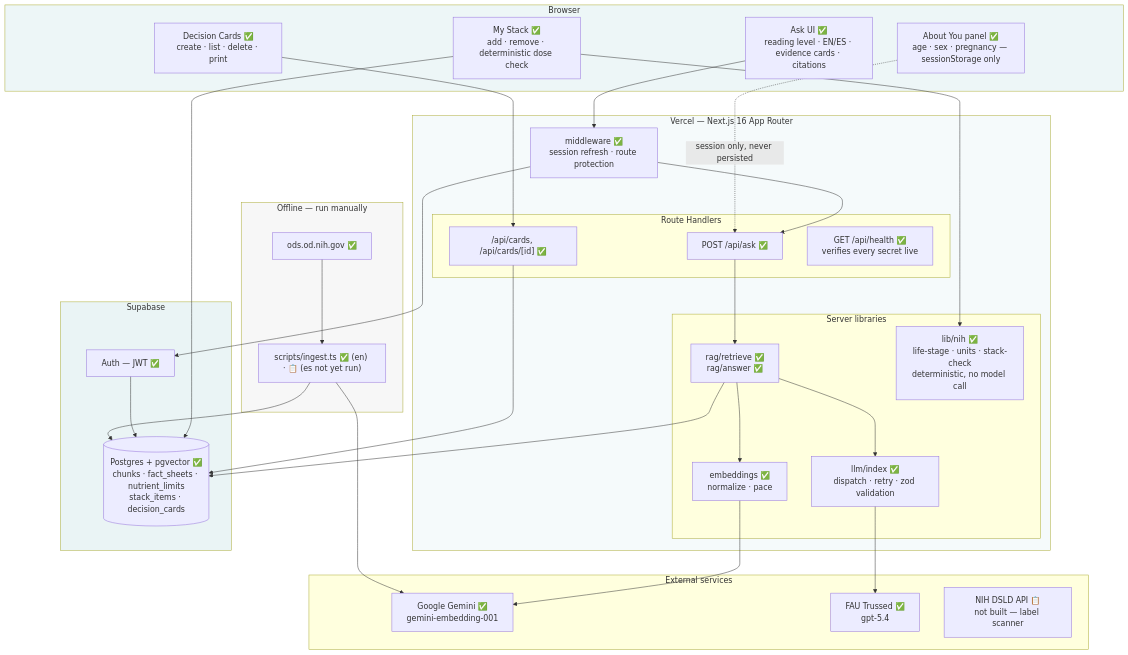
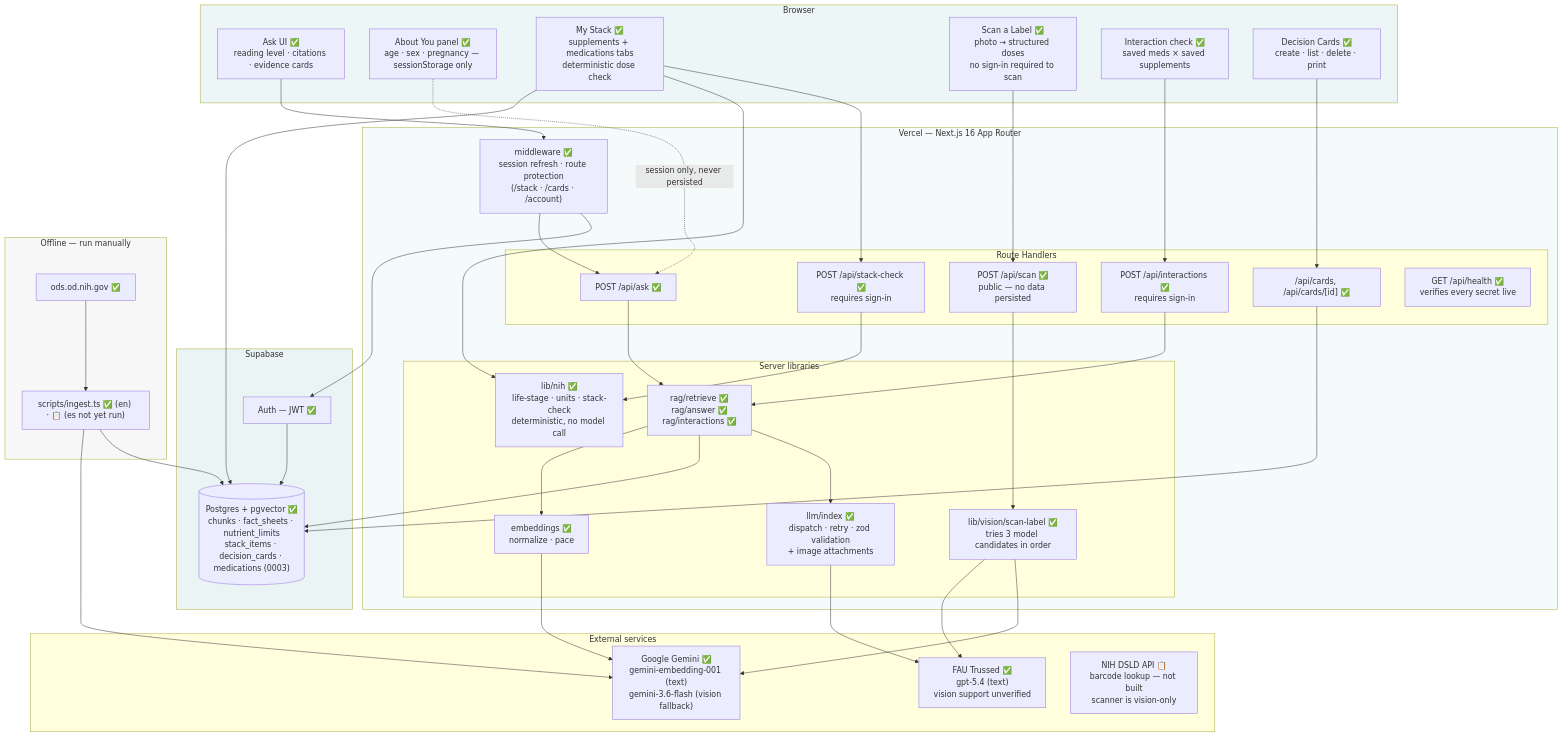
Before and after one commit to notypos/buildphase-notypos-deploy: the first of 8 diagrams in design.md, drawn with Mermaid. The commit also changed other lines of this file and 25 other files, not shown here.

First line of the commit message:
Add label scanner and medication interaction check; correct plan/design/README

````diff
--- a/design.md
+++ b/design.md
@@ -13,57 +13,67 @@
 ```mermaid
 graph TB
     subgraph client["Browser"]
-        UI["Ask UI ✅<br/>reading level · EN/ES · evidence cards · citations"]
+        UI["Ask UI ✅<br/>reading level · citations · evidence cards"]
         HCTX["About You panel ✅<br/>age · sex · pregnancy — sessionStorage only"]
-        STACK["My Stack ✅<br/>add · remove · deterministic dose check"]
+        STACK["My Stack ✅<br/>supplements + medications tabs<br/>deterministic dose check"]
+        SCAN["Scan a Label ✅<br/>photo → structured doses<br/>no sign-in required to scan"]
+        INTUI["Interaction check ✅<br/>saved meds × saved supplements"]
         CARDS["Decision Cards ✅<br/>create · list · delete · print"]
     end
 
     subgraph vercel["Vercel — Next.js 16 App Router"]
-        MW["middleware ✅<br/>session refresh · route protection"]
+        MW["middleware ✅<br/>session refresh · route protection<br/>(/stack · /cards · /account)"]
         subgraph routes["Route Handlers"]
             ASK["POST /api/ask ✅"]
             CRD["/api/cards, /api/cards/[id] ✅"]
+            SCANRT["POST /api/scan ✅<br/>public — no data persisted"]
+            INTRT["POST /api/interactions ✅<br/>requires sign-in"]
+            STKCHK["POST /api/stack-check ✅<br/>requires sign-in"]
             HLTH["GET /api/health ✅<br/>verifies every secret live"]
         end
         subgraph lib["Server libraries"]
-            RAG["rag/retrieve ✅<br/>rag/answer ✅"]
-            LLM["llm/index ✅<br/>dispatch · retry · zod validation"]
+            RAG["rag/retrieve ✅<br/>rag/answer ✅<br/>rag/interactions ✅"]
+            VISION["lib/vision/scan-label ✅<br/>tries 3 model candidates in order"]
+            LLM["llm/index ✅<br/>dispatch · retry · zod validation<br/>+ image attachments"]
             EMB["embeddings ✅<br/>normalize · pace"]
             NIH["lib/nih ✅<br/>life-stage · units · stack-check<br/>deterministic, no model call"]
         end
     end
 
     subgraph supabase["Supabase"]
         AUTH["Auth — JWT ✅"]
-        PG[("Postgres + pgvector ✅<br/>chunks · fact_sheets · nutrient_limits<br/>stack_items · decision_cards")]
+        PG[("Postgres + pgvector ✅<br/>chunks · fact_sheets · nutrient_limits<br/>stack_items · decision_cards · medications (0003)")]
     end
 
     subgraph external["External services"]
-        GEM["Google Gemini ✅<br/>gemini-embedding-001"]
-        TRU["FAU Trussed ✅<br/>gpt-5.4"]
-        DSLD["NIH DSLD API 📋<br/>not built — label scanner"]
+        GEM["Google Gemini ✅<br/>gemini-embedding-001 (text)<br/>gemini-3.6-flash (vision fallback)"]
+        TRU["FAU Trussed ✅<br/>gpt-5.4 (text)<br/>vision support unverified"]
+        DSLD["NIH DSLD API 📋<br/>barcode lookup — not built<br/>scanner is vision-only"]
     end
 
     subgraph offline["Offline — run manually"]
         ING["scripts/ingest.ts ✅ (en) · 📋 (es not yet run)"]
         ODS["ods.od.nih.gov ✅"]
     end
 
     UI --> MW --> ASK --> RAG
     HCTX -.session only, never persisted.-> ASK
     STACK --> PG
     STACK --> NIH
+    SCAN --> SCANRT --> VISION --> TRU
+    VISION --> GEM
+    INTUI --> INTRT --> RAG
+    STACK --> STKCHK --> NIH
     CARDS --> CRD --> PG
     RAG --> EMB --> GEM
     RAG --> PG
     RAG --> LLM --> TRU
     MW --> AUTH --> PG
     ODS --> ING --> GEM
     ING --> PG
 
     style client fill:#EDF6F7
     style vercel fill:#F5FAFB
     style supabase fill:#EAF4F5
     style offline fill:#F7F7F7
 ```
````
